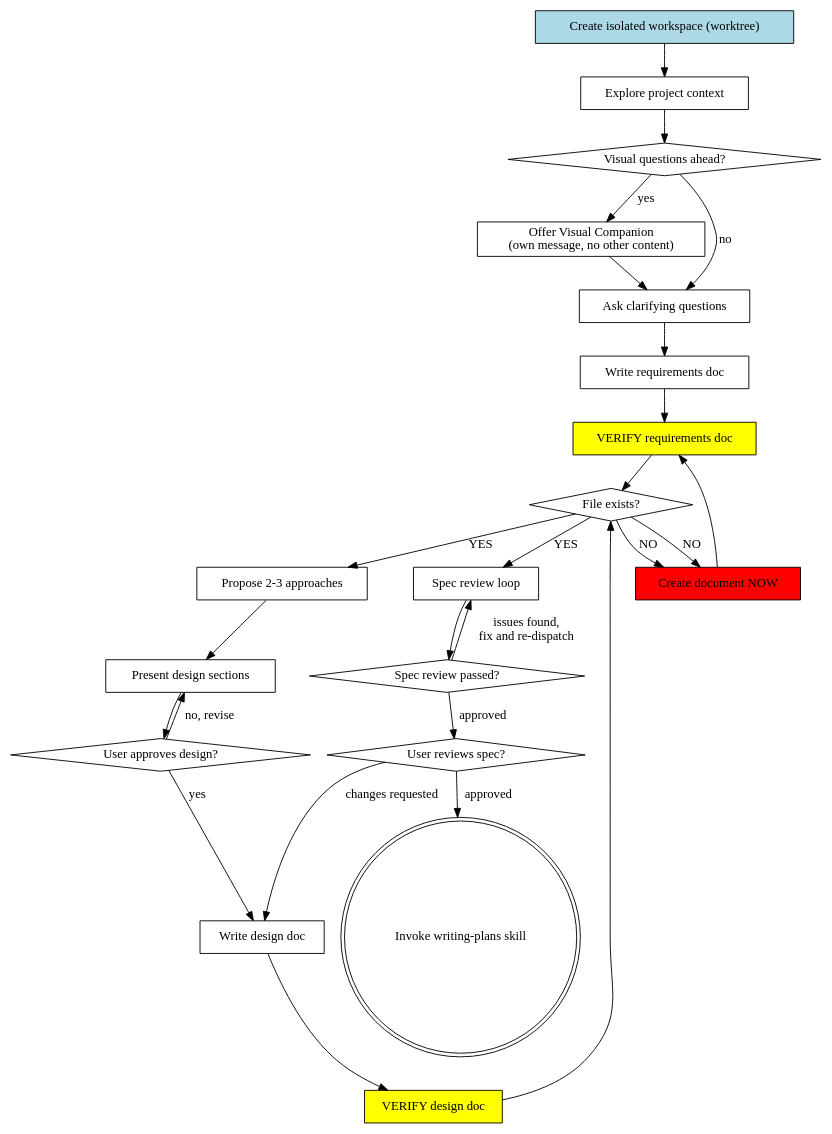
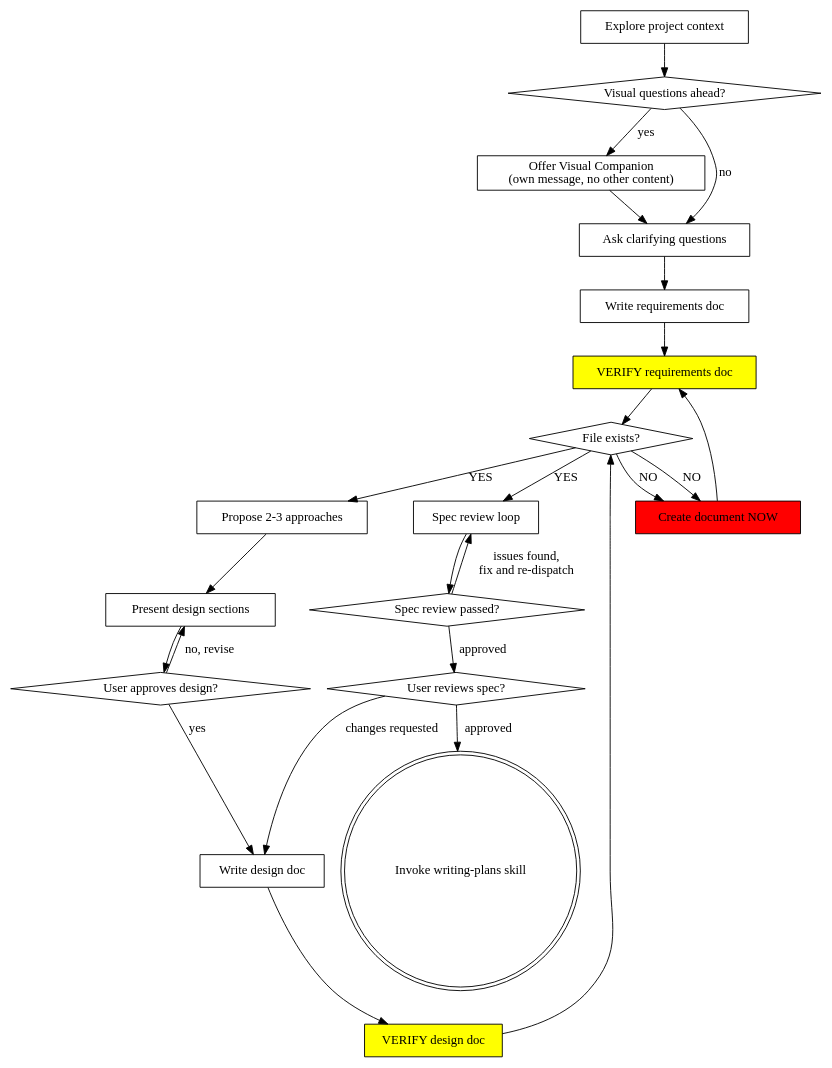
The diagram in skills/brainstorming/SKILL.md (changanx/xo1997-dev), drawn with Graphviz before and after one commit. The commit also changed other lines of this file and 17 other files, not shown here.

````diff
--- a/skills/brainstorming/SKILL.md
+++ b/skills/brainstorming/SKILL.md
@@ -85,48 +82,46 @@
 ```dot
 digraph brainstorming {
-    "Create isolated workspace (worktree)" [shape=box style=filled fillcolor=lightblue];
     "Explore project context" [shape=box];
     "Visual questions ahead?" [shape=diamond];
     "Offer Visual Companion\n(own message, no other content)" [shape=box];
     "Ask clarifying questions" [shape=box];
     "Write requirements doc" [shape=box];
     "VERIFY requirements doc" [shape=box style=filled fillcolor=yellow];
     "File exists?" [shape=diamond];
     "Create document NOW" [shape=box style=filled fillcolor=red];
     "Propose 2-3 approaches" [shape=box];
     "Present design sections" [shape=box];
     "User approves design?" [shape=diamond];
     "Write design doc" [shape=box];
     "VERIFY design doc" [shape=box style=filled fillcolor=yellow];
     "File exists?" [shape=diamond];
     "Spec review loop" [shape=box];
     "Spec review passed?" [shape=diamond];
     "User reviews spec?" [shape=diamond];
     "Invoke writing-plans skill" [shape=doublecircle];
 
-    "Create isolated workspace (worktree)" -> "Explore project context";
     "Explore project context" -> "Visual questions ahead?";
     "Visual questions ahead?" -> "Offer Visual Companion\n(own message, no other content)" [label="yes"];
     "Visual questions ahead?" -> "Ask clarifying questions" [label="no"];
     "Offer Visual Companion\n(own message, no other content)" -> "Ask clarifying questions";
     "Ask clarifying questions" -> "Write requirements doc";
     "Write requirements doc" -> "VERIFY requirements doc";
     "VERIFY requirements doc" -> "File exists?";
     "File exists?" -> "Create document NOW" [label="NO"];
     "Create document NOW" -> "VERIFY requirements doc";
     "File exists?" -> "Propose 2-3 approaches" [label="YES"];
     "Propose 2-3 approaches" -> "Present design sections";
     "Present design sections" -> "User approves design?";
     "User approves design?" -> "Present design sections" [label="no, revise"];
     "User approves design?" -> "Write design doc" [label="yes"];
     "Write design doc" -> "VERIFY design doc";
     "VERIFY design doc" -> "File exists?";
     "File exists?" -> "Create document NOW" [label="NO"];
     "File exists?" -> "Spec review loop" [label="YES"];
     "Spec review loop" -> "Spec review passed?";
     "Spec review passed?" -> "Spec review loop" [label="issues found,\nfix and re-dispatch"];
     "Spec review passed?" -> "User reviews spec?" [label="approved"];
     "User reviews spec?" -> "Write design doc" [label="changes requested"];
     "User reviews spec?" -> "Invoke writing-plans skill" [label="approved"];
 }
 ```
````
